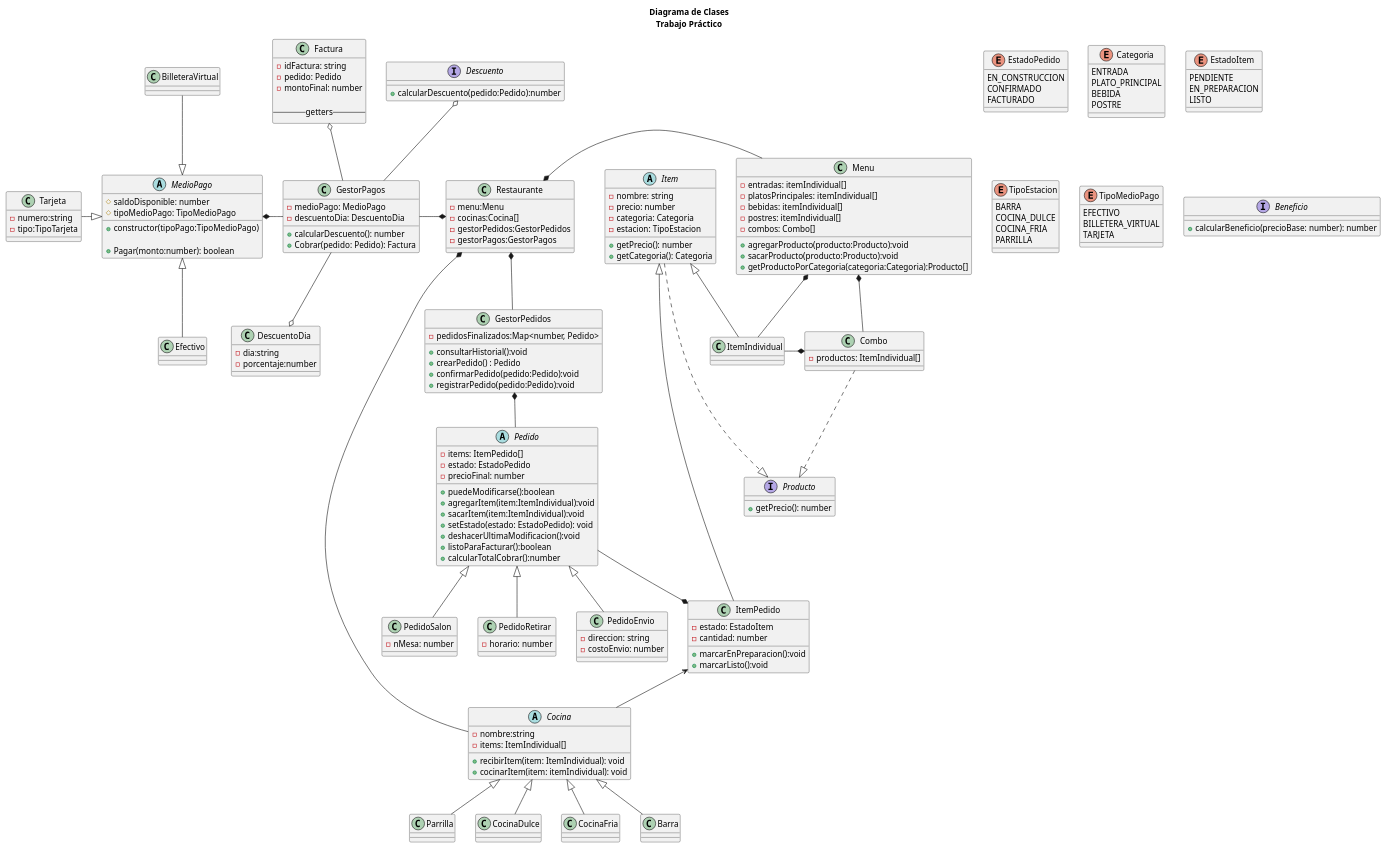
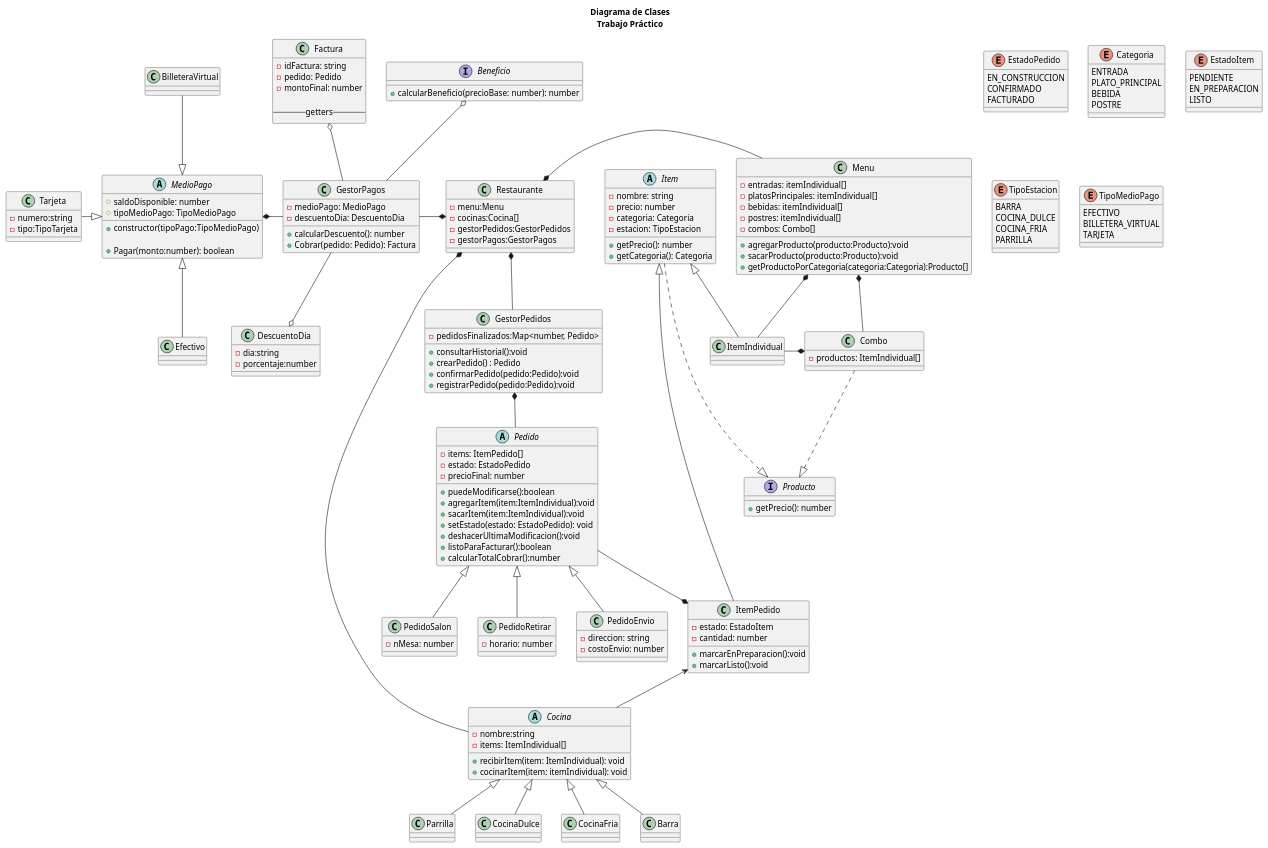
The diagram in diagrama/diagrama.puml (crstian8819/tp-grupo-11), drawn with PlantUML before and after one commit.

```diff
--- a/diagrama/diagrama.puml
+++ b/diagrama/diagrama.puml
@@ -116,12 +116,6 @@
         -productos: ItemIndividual[]
     }
 
-    '------------------ BENEFICIO -----------------
-
-    interface Beneficio {
-        +calcularBeneficio(precioBase: number): number
-    }
-
     '--------------------- COCINA ----------------------
 
     abstract class Cocina {
@@ -137,6 +131,11 @@
     class CocinaFria{}
     class Barra{}
 
+    '------------------ BENEFICIO -----------------
+
+    interface Beneficio {
+        +calcularBeneficio(precioBase: number): number
+    }
     '------------------ GESTOR_PAGOS -------------------------
 
     class GestorPagos {
@@ -173,10 +172,6 @@
     }
     
     class BilleteraVirtual{}
-
-    interface Descuento{
-        +calcularDescuento(pedido:Pedido):number
-    }
 
     class DescuentoDia{
         -dia:string
@@ -232,7 +227,7 @@
     GestorPagos -l-* MedioPago
     GestorPagos --o DescuentoDia
     GestorPagos -u-o Factura
-    GestorPagos -u-o Descuento
+    GestorPagos -u-o Beneficio
 
 'MEDIOS DE PAGO
 
```
